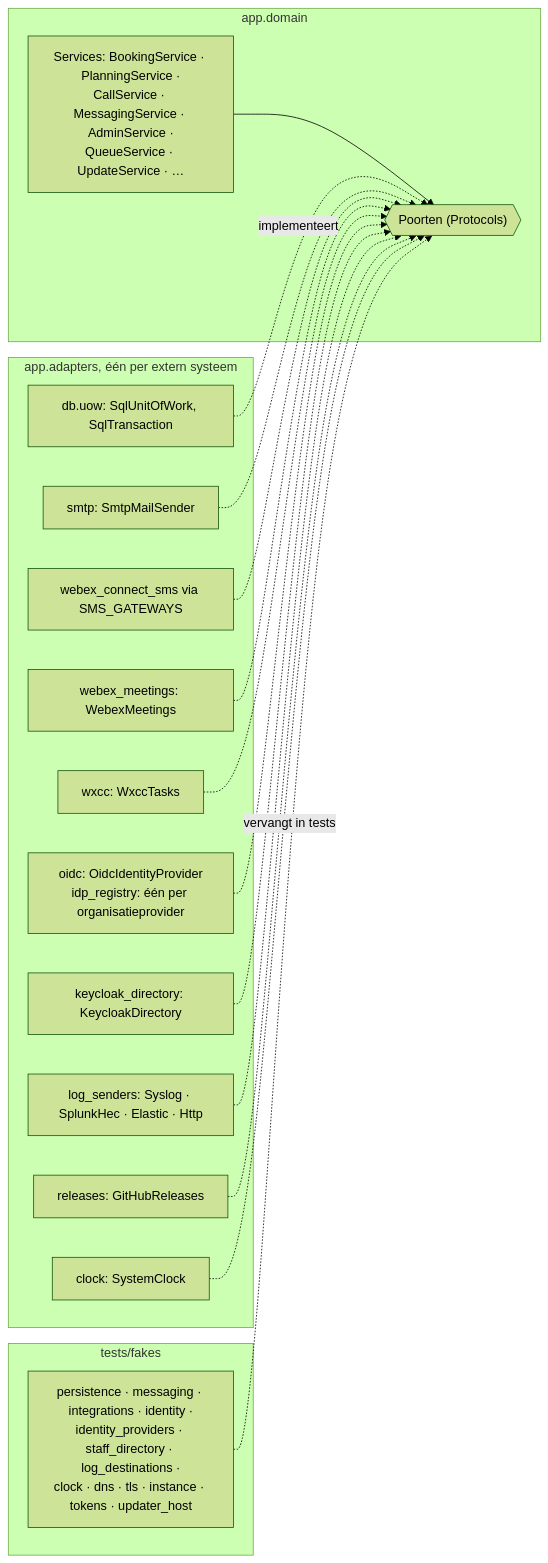
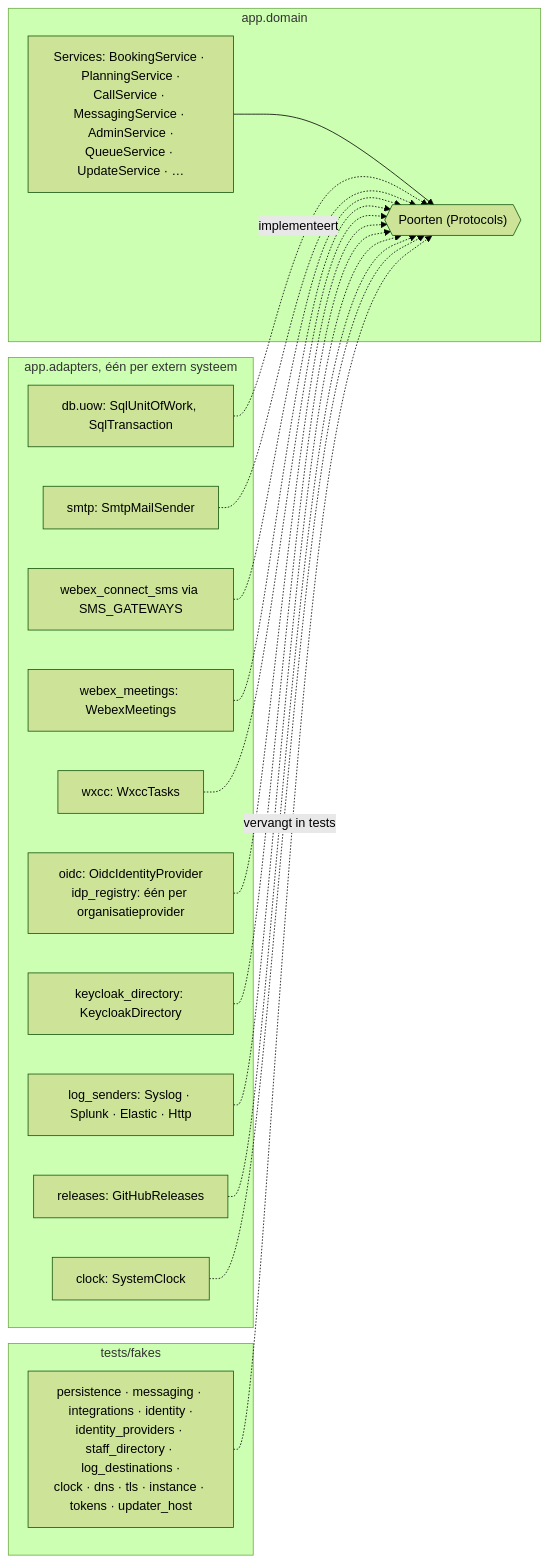
One commit to 3Corners-Labs/OpenPlanner changed the fourth of 8 diagrams in docs/applicatie-architectuur.md. Above: the diagram before and after it, drawn with Mermaid (forest theme). The commit also changed other lines of this file, not shown here.

First line of the commit message:
docs: check the application architecture against the code, add ADR 0116

````diff
--- a/docs/applicatie-architectuur.md
+++ b/docs/applicatie-architectuur.md
@@ -540,34 +549,34 @@
 ```mermaid
 flowchart LR
     subgraph domein [app.domain]
         services["Services: BookingService · PlanningService ·<br/>CallService · MessagingService · AdminService ·<br/>QueueService · UpdateService · …"]
         ports{{"Poorten (Protocols)"}}
         services --> ports
     end
     subgraph adapters [app.adapters, één per extern systeem]
         uow["db.uow: SqlUnitOfWork, SqlTransaction"]
         smtp["smtp: SmtpMailSender"]
         sms["webex_connect_sms via SMS_GATEWAYS"]
         video["webex_meetings: WebexMeetings"]
         cc["wxcc: WxccTasks"]
         oidc["oidc: OidcIdentityProvider<br/>idp_registry: één per organisatieprovider"]
         kc["keycloak_directory: KeycloakDirectory"]
-        logs["log_senders: Syslog · SplunkHec · Elastic · Http"]
+        logs["log_senders: Syslog · Splunk · Elastic · Http"]
         rel["releases: GitHubReleases"]
         clock["clock: SystemClock"]
     end
     subgraph fakes [tests/fakes]
         f["persistence · messaging · integrations · identity ·<br/>identity_providers · staff_directory · log_destinations ·<br/>clock · dns · tls · instance · tokens · updater_host"]
     end
     uow -.implementeert.-> ports
     smtp -.-> ports
     sms -.-> ports
     video -.-> ports
     cc -.-> ports
     oidc -.-> ports
     kc -.-> ports
     logs -.-> ports
     rel -.-> ports
     clock -.-> ports
     f -. "vervangt in tests" .-> ports
 ```
````
